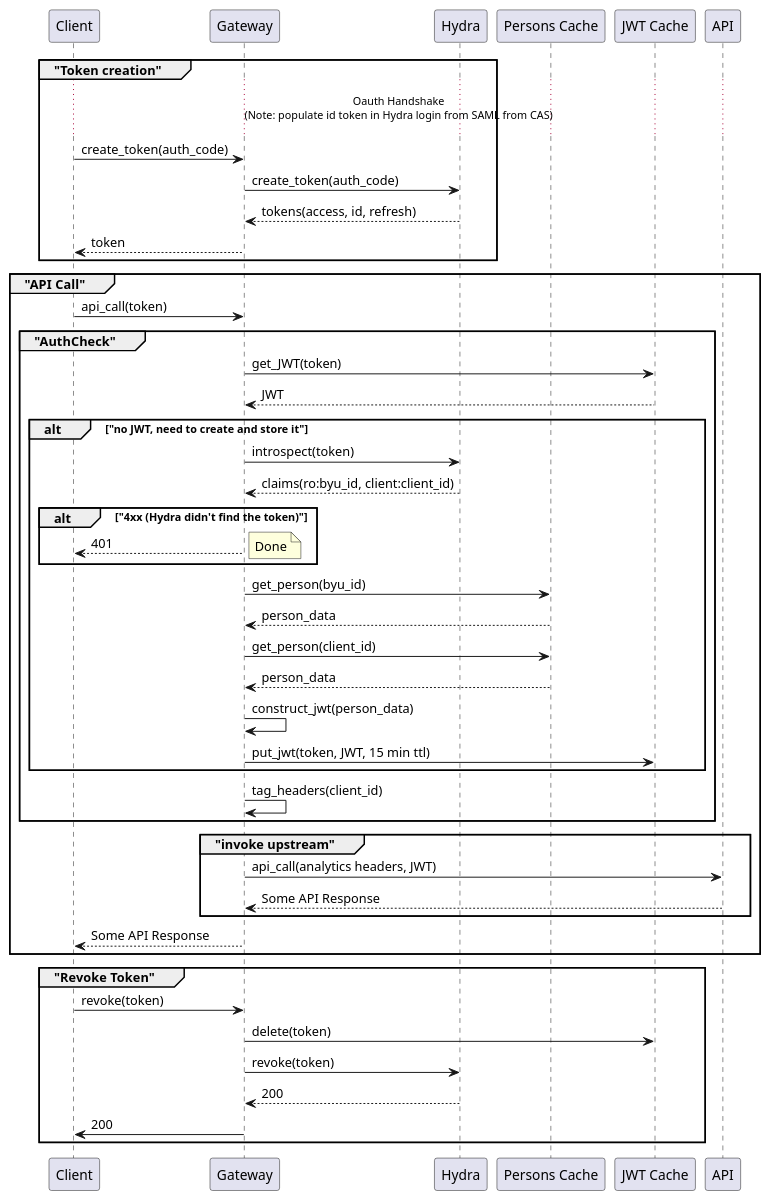
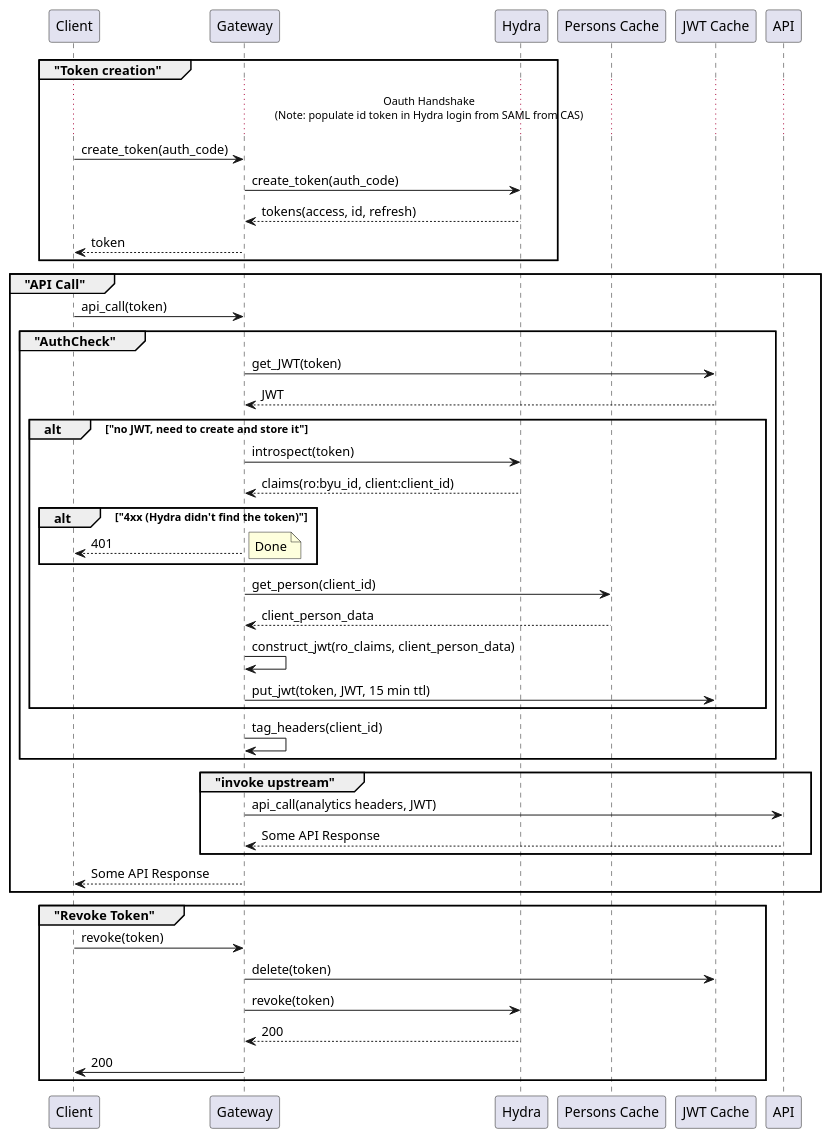
The diagram in doc/tyk-token-and-jwt.puml (byu-oit/tyk-gateway-docker), drawn with PlantUML before and after one commit. The commit also changed 1 other file, not shown here.

Commit message:
ro claims come from introspection, not cache

```diff
--- a/doc/tyk-token-and-jwt.puml
+++ b/doc/tyk-token-and-jwt.puml
@@ -1,54 +1,52 @@
 @startuml tyk-token-and-jwt
 
 participant Client as client
 participant Gateway as gw
 participant Hydra as hydra
 participant "Persons Cache" as persons
 participant "JWT Cache" as jwt
 participant API as api
 
 group "Token creation"
     ...Oauth Handshake\n(Note: populate id token in Hydra login from SAML from CAS)...
     client -> gw : create_token(auth_code)
     gw -> hydra : create_token(auth_code)
     hydra --> gw : tokens(access, id, refresh)
     gw --> client : token
 end
 
 group "API Call"
     client -> gw : api_call(token)
     group "AuthCheck"
         gw -> jwt : get_JWT(token)
         jwt --> gw : JWT
         alt "no JWT, need to create and store it"
             gw -> hydra : introspect(token)
             hydra --> gw : claims(ro:byu_id, client:client_id)
             alt "4xx (Hydra didn't find the token)"
                 gw --> client : 401
                 note right: Done
             end
-            gw -> persons : get_person(byu_id)
-            persons --> gw : person_data
             gw -> persons : get_person(client_id)
-            persons --> gw : person_data
-            gw -> gw : construct_jwt(person_data)
+            persons --> gw : client_person_data
+            gw -> gw : construct_jwt(ro_claims, client_person_data)
             gw -> jwt : put_jwt(token, JWT, 15 min ttl)
         end
         gw -> gw : tag_headers(client_id)
     end
     group "invoke upstream"
         gw -> api : api_call(analytics headers, JWT)
         api --> gw : Some API Response
     end
     gw --> client : Some API Response
 end
 
 group "Revoke Token"
     client -> gw : revoke(token)
     gw -> jwt : delete(token)
     gw -> hydra : revoke(token)
     hydra --> gw : 200
     gw -> client : 200
 end
 
 @enduml
```
